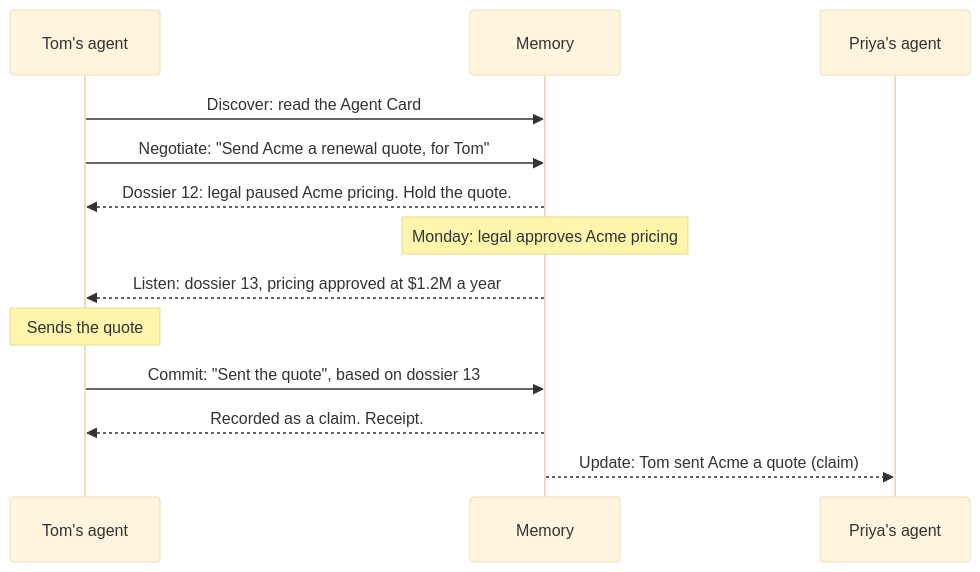
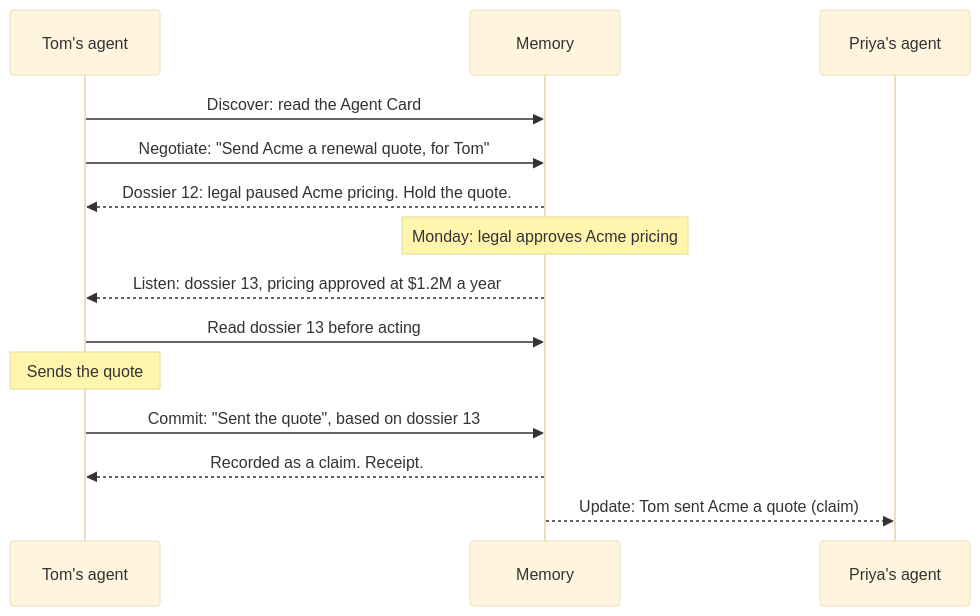
The diagram in docs/how-it-works.md (mem2a/mem2a), drawn with Mermaid (base theme) before and after one commit. The commit also changed other lines of this file and 81 other files, not shown here.

````diff
--- a/docs/how-it-works.md
+++ b/docs/how-it-works.md
@@ -11,15 +11,16 @@
 ```mermaid
 sequenceDiagram
     participant T as Tom's agent
     participant M as Memory
     participant P as Priya's agent
     T->>M: Discover: read the Agent Card
     T->>M: Negotiate: "Send Acme a renewal quote, for Tom"
     M-->>T: Dossier 12: legal paused Acme pricing. Hold the quote.
     Note over M: Monday: legal approves Acme pricing
     M-->>T: Listen: dossier 13, pricing approved at $1.2M a year
+    T->>M: Read dossier 13 before acting
     Note over T: Sends the quote
     T->>M: Commit: "Sent the quote", based on dossier 13
     M-->>T: Recorded as a claim. Receipt.
     M-->>P: Update: Tom sent Acme a quote (claim)
 ```
````
